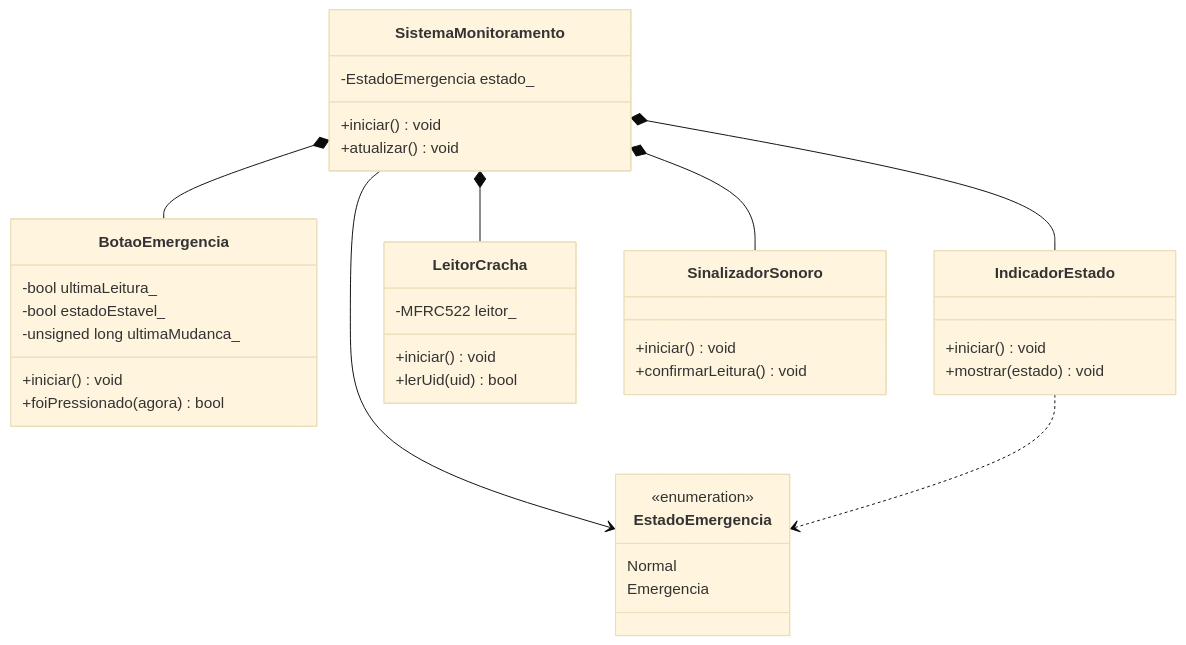
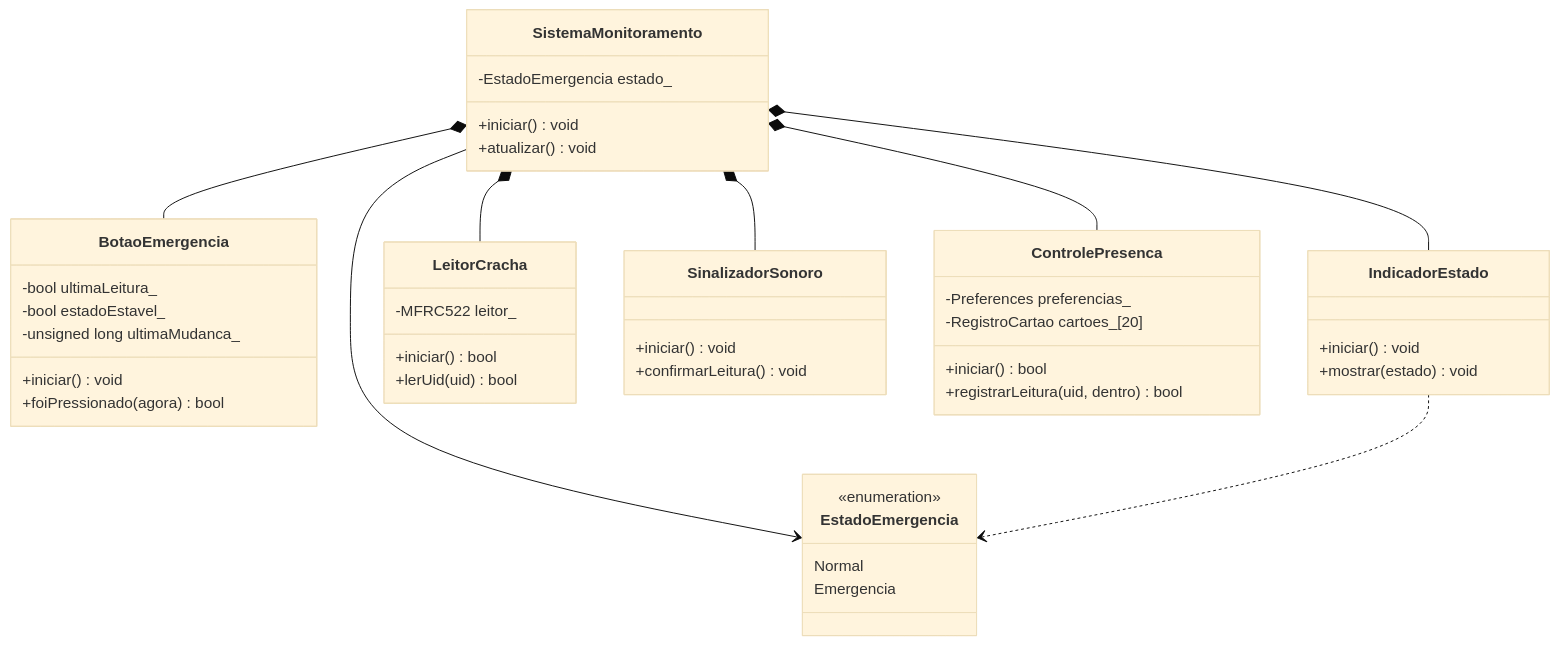
One commit to davitricarico-wq/g05-2 changed the diagram in document/documentacao.md. Above: the diagram before and after it, drawn with Mermaid (base theme). The commit also changed other lines of this file and 13 other files, not shown here.

````diff
--- a/document/documentacao.md
+++ b/document/documentacao.md
@@ -1743,39 +1734,46 @@
 ```mermaid
 classDiagram
     class EstadoEmergencia {
         <<enumeration>>
         Normal
         Emergencia
     }
     class SistemaMonitoramento {
         -EstadoEmergencia estado_
         +iniciar() void
         +atualizar() void
     }
     class BotaoEmergencia {
         -bool ultimaLeitura_
         -bool estadoEstavel_
         -unsigned long ultimaMudanca_
         +iniciar() void
         +foiPressionado(agora) bool
     }
     class IndicadorEstado {
         +iniciar() void
         +mostrar(estado) void
     }
     class LeitorCracha {
         -MFRC522 leitor_
-        +iniciar() void
+        +iniciar() bool
         +lerUid(uid) bool
     }
     class SinalizadorSonoro {
         +iniciar() void
         +confirmarLeitura() void
     }
+    class ControlePresenca {
+        -Preferences preferencias_
+        -RegistroCartao cartoes_[20]
+        +iniciar() bool
+        +registrarLeitura(uid, dentro) bool
+    }
     SistemaMonitoramento *-- BotaoEmergencia
     SistemaMonitoramento *-- IndicadorEstado
     SistemaMonitoramento *-- LeitorCracha
     SistemaMonitoramento *-- SinalizadorSonoro
+    SistemaMonitoramento *-- ControlePresenca
     SistemaMonitoramento --> EstadoEmergencia
     IndicadorEstado ..> EstadoEmergencia
 ```
````
